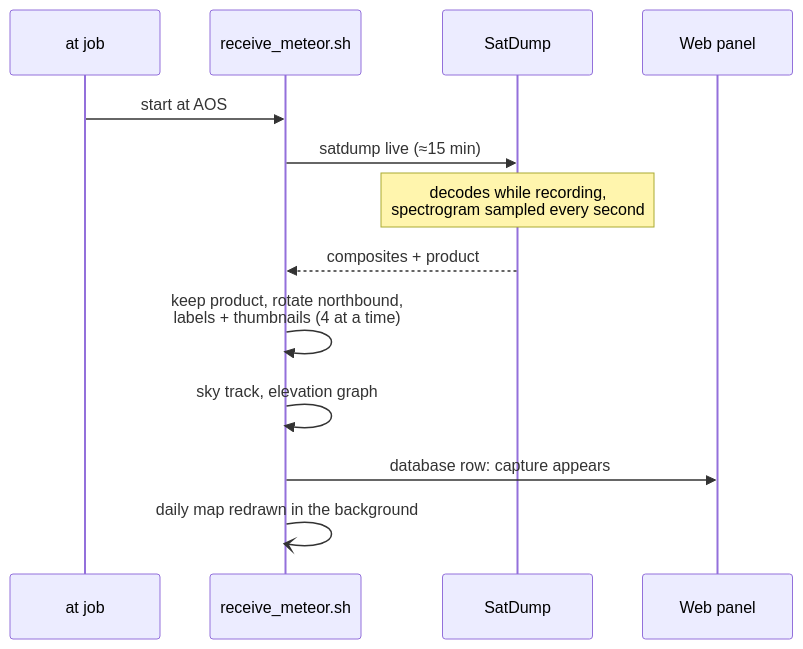
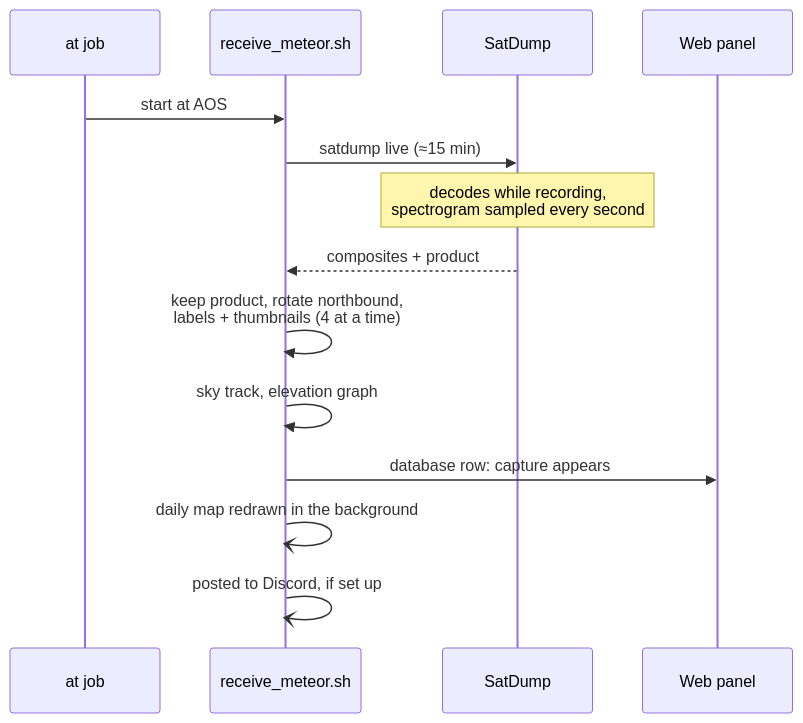
Before and after one commit to holifo/raspberry-lrpt: the second of 2 diagrams in docs/USER_GUIDE.md, drawn with Mermaid. The commit also changed other lines of this file and 11 other files, not shown here.

````diff
--- a/docs/USER_GUIDE.md
+++ b/docs/USER_GUIDE.md
@@ -47,15 +47,16 @@
 ```mermaid
 sequenceDiagram
     participant at as at job
     participant R as receive_meteor.sh
     participant S as SatDump
     participant W as Web panel
     at->>R: start at AOS
     R->>S: satdump live (≈15 min)
     Note over S: decodes while recording,<br/>spectrogram sampled every second
     S-->>R: composites + product
     R->>R: keep product, rotate northbound,<br/>labels + thumbnails (4 at a time)
     R->>R: sky track, elevation graph
     R->>W: database row: capture appears
     R-)R: daily map redrawn in the background
+    R-)R: posted to Discord, if set up
 ```
````
